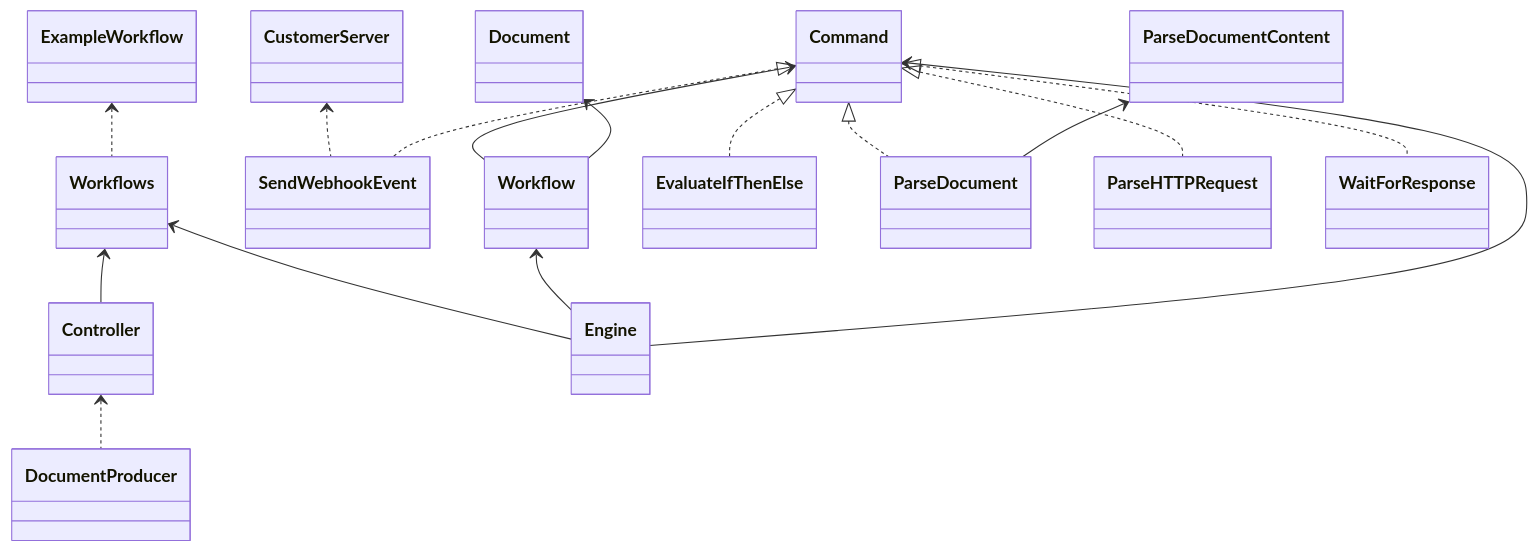
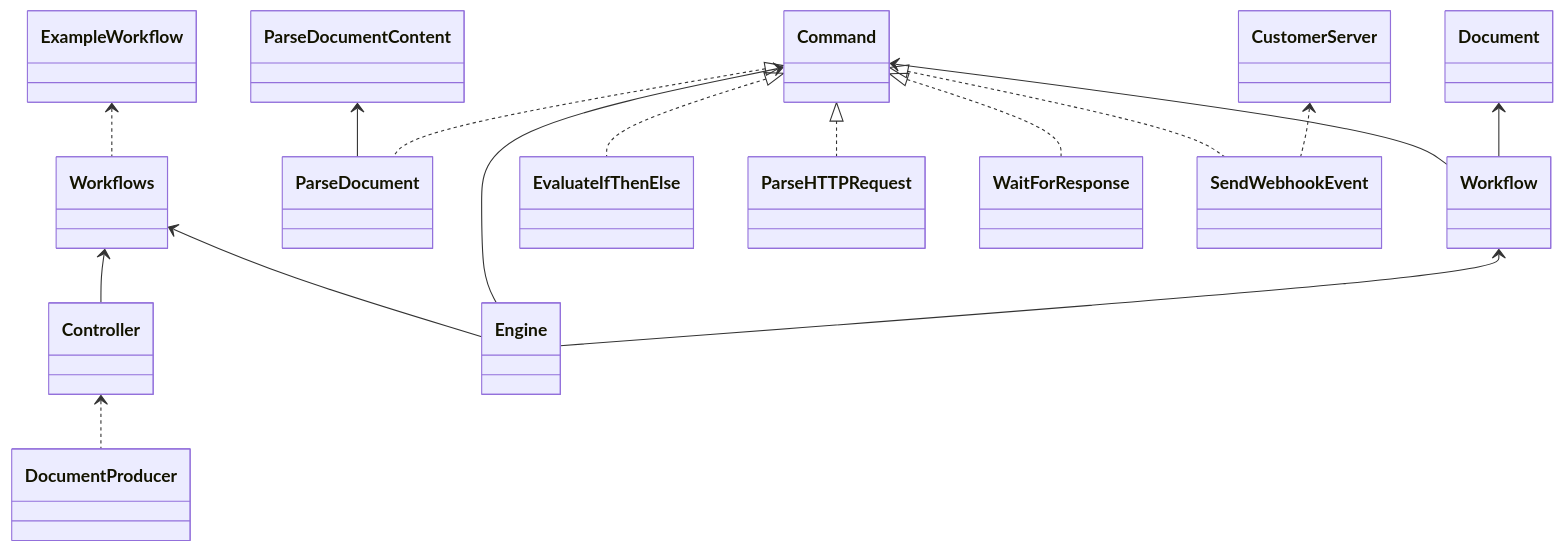
Before and after one commit to PJUllrich/workflow-demo: the first of 2 diagrams in README.md, drawn with Mermaid.

Commit message:
Improve diagram

````diff
--- a/README.md
+++ b/README.md
@@ -50,41 +50,40 @@
 ```mermaid
 classDiagram
+    ExampleWorkflow <.. Workflows
     Controller <.. DocumentProducer
-    ExampleWorkflow <.. Workflows
-    CustomerServer <.. SendWebhookEvent
     Workflows <-- Engine
+    Command <-- Engine
+    ParseDocumentContent <-- ParseDocument
     Workflow <-- Engine
-    Command <-- Engine
-    Command <-- Workflow
     Command <|.. EvaluateIfThenElse
     Command <|.. ParseDocument
     Command <|.. ParseHTTPRequest
+    Command <|.. WaitForResponse
     Command <|.. SendWebhookEvent
-    Command <|.. WaitForResponse
     Workflows <-- Controller
-    
+    Command <-- Workflow
     Document <-- Workflow
-    ParseDocumentContent <-- ParseDocument
+    CustomerServer <.. SendWebhookEvent
 
     class Engine
     class ExampleWorkflow
     class DocumentProducer
     
     class Controller
 
     class Workflows        
 
     class Workflow
     class Command
     class Document
 
     class EvaluateIfThenElse
     class ParseDocument
     class ParseHTTPRequest
     class SendWebhookEvent
     class WaitForResponse
 
     class ParseDocumentContent
 
     class CustomerServer
 ```
````
